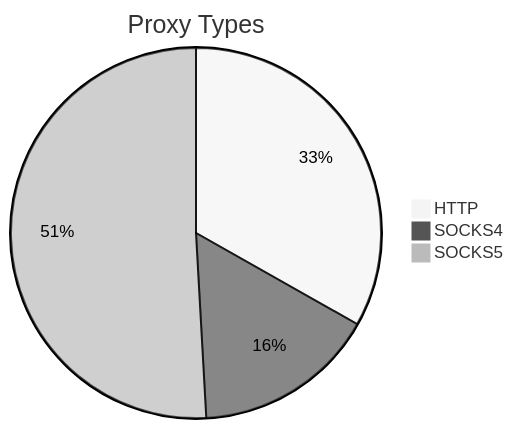
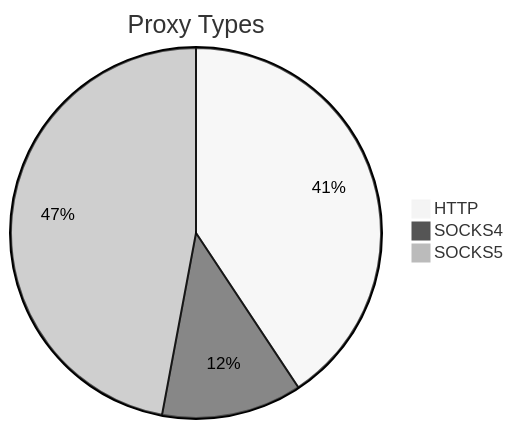
Before and after one commit to stormsia/proxy-list: the first of 2 diagrams in README.md, drawn with Mermaid (neutral theme). The commit also changed other lines of this file, not shown here.

````diff
--- a/README.md
+++ b/README.md
@@ -21,6 +21,6 @@
 ```mermaid
 pie title Proxy Types
-    "HTTP" : 75
-    "SOCKS4" : 36
-    "SOCKS5" : 115
+    "HTTP" : 83
+    "SOCKS4" : 25
+    "SOCKS5" : 96
 ```
````
